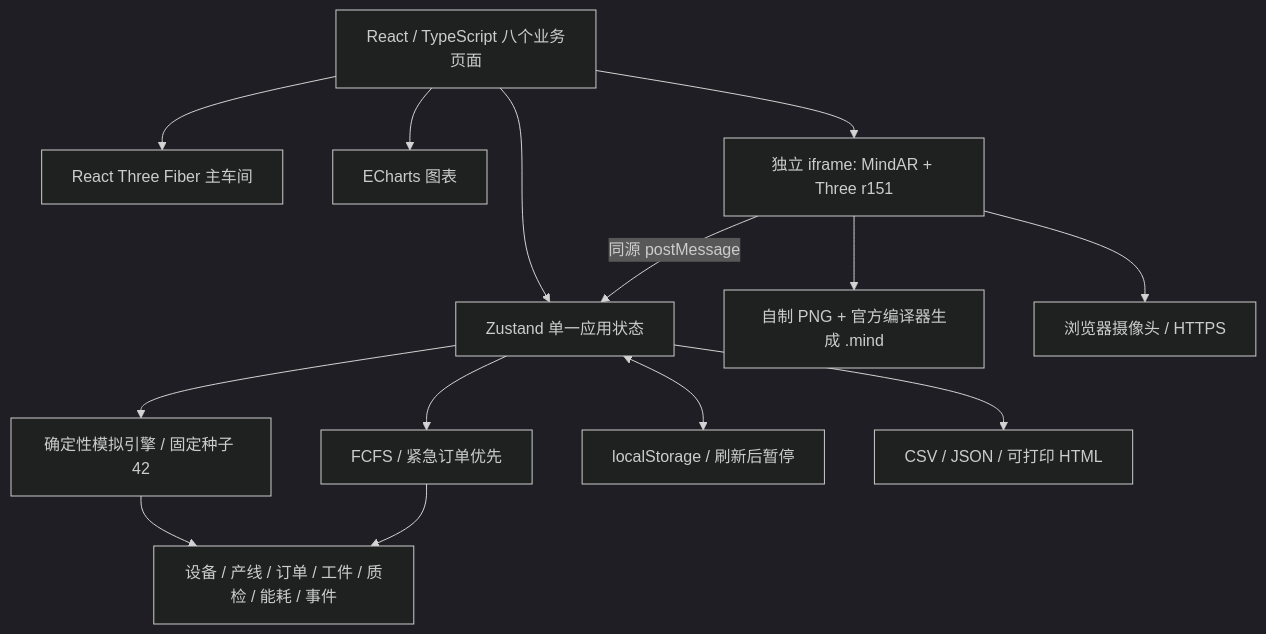
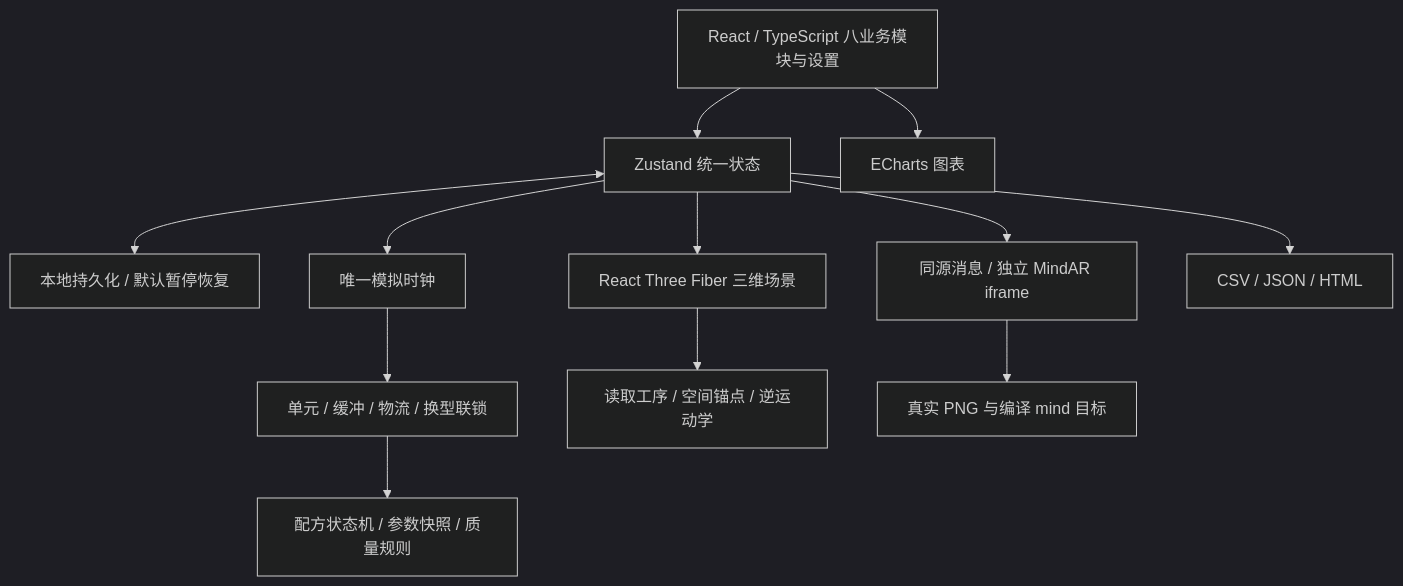
The first of 3 diagrams in docs/02-初步设计.md (LonglongStarry-web/smartfactory-nexus), drawn with Mermaid (dark theme) before and after one commit. The commit also changed other lines of this file and 56 other files, not shown here.

````diff
--- a/docs/02-初步设计.md
+++ b/docs/02-初步设计.md
@@ -5,17 +5,14 @@
 ```mermaid
 flowchart TB
- UI[React / TypeScript 八个业务页面]
- UI --> Store[Zustand 单一应用状态]
- Store --> Sim[确定性模拟引擎 / 固定种子 42]
- Store --> Scheduler[FCFS / 紧急订单优先]
- Store <--> Storage[localStorage / 刷新后暂停]
- Sim --> Domain[设备 / 产线 / 订单 / 工件 / 质检 / 能耗 / 事件]
- Scheduler --> Domain
- UI --> Three[React Three Fiber 主车间]
+ UI[React / TypeScript 八业务模块与设置] --> Store[Zustand 统一状态]
  UI --> Charts[ECharts 图表]
- UI --> AR[独立 iframe: MindAR + Three r151]
- AR --> Target[自制 PNG + 官方编译器生成 .mind]
- AR --> Camera[浏览器摄像头 / HTTPS]
- AR -->|同源 postMessage| Store
- Store --> Export[CSV / JSON / 可打印 HTML]
+ Store <--> Save[本地持久化 / 默认暂停恢复]
+ Store --> Clock[唯一模拟时钟]
+ Clock --> Flow[单元 / 缓冲 / 物流 / 换型联锁]
+ Flow --> Process[配方状态机 / 参数快照 / 质量规则]
+ Store --> Twin[React Three Fiber 三维场景]
+ Twin --> Motion[读取工序 / 空间锚点 / 逆运动学]
+ Store --> AR[同源消息 / 独立 MindAR iframe]
+ AR --> Target[真实 PNG 与编译 mind 目标]
+ Store --> Export[CSV / JSON / HTML]
 ```
````
